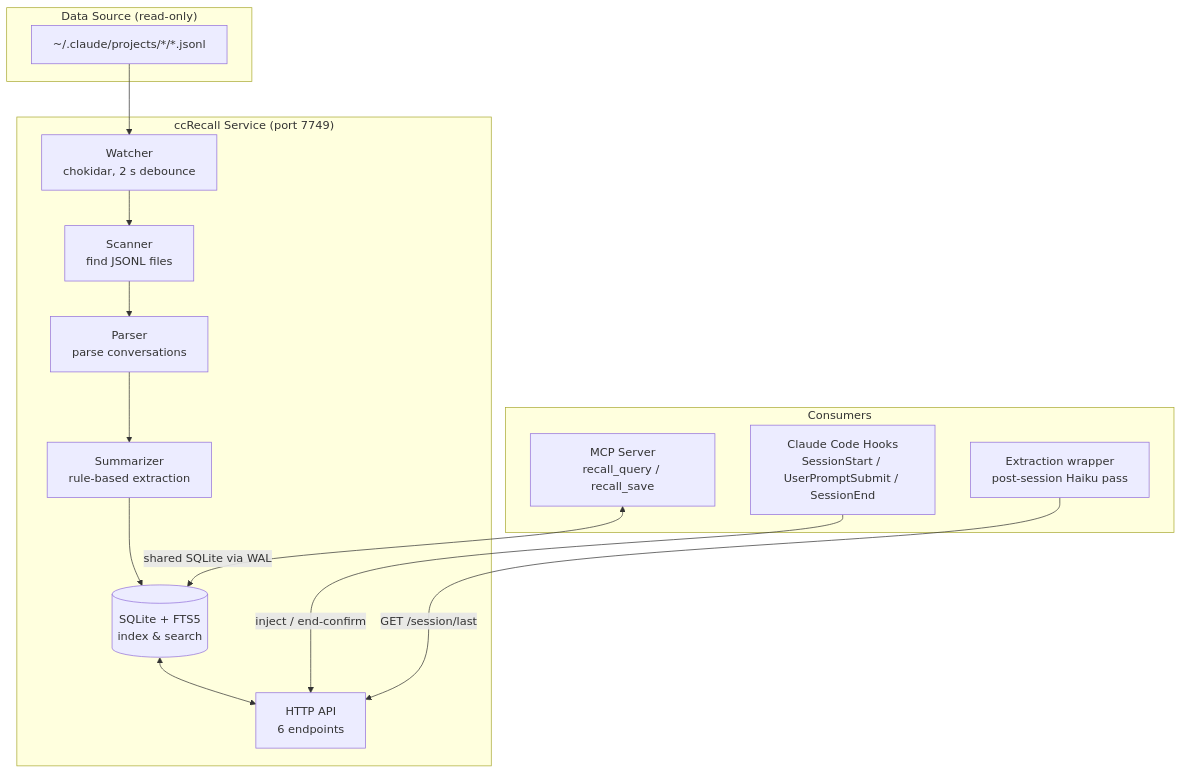
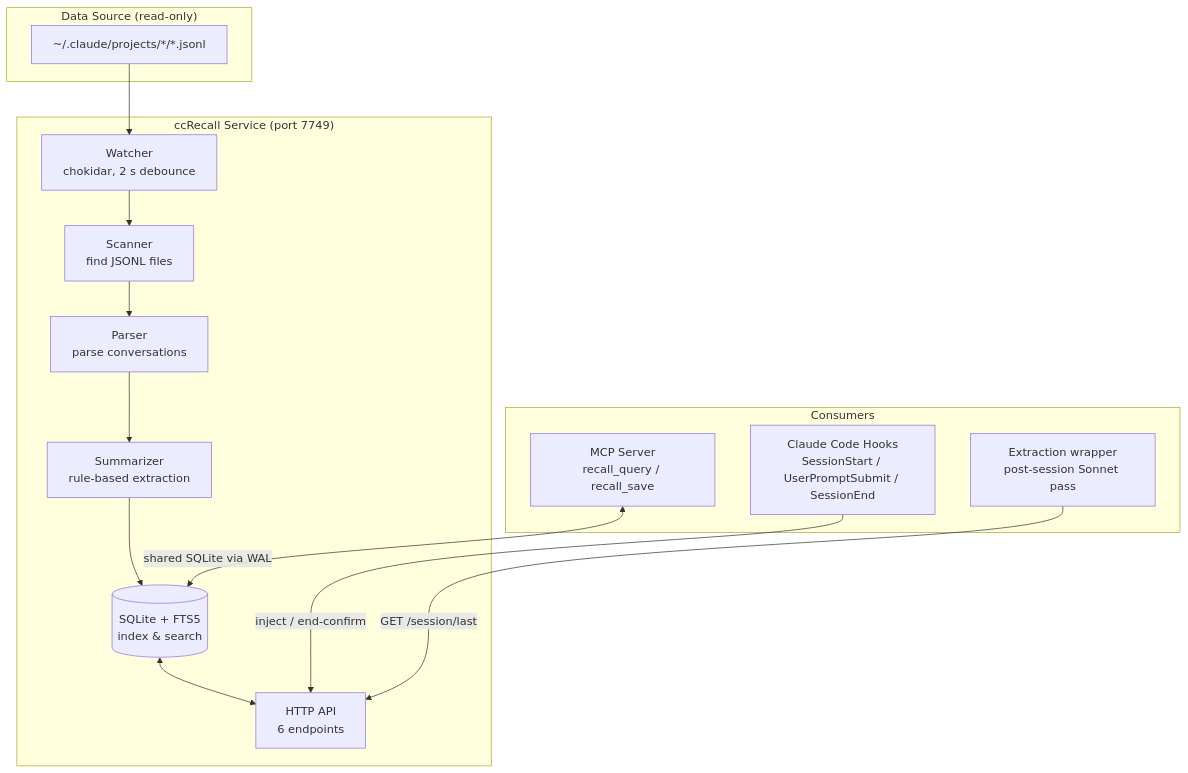
One commit to tznthou/ccRecall changed the first of 2 diagrams in README.md. Above: the diagram before and after it, drawn with Mermaid. The commit also changed other lines of this file and 3 other files, not shown here.

````diff
--- a/README.md
+++ b/README.md
@@ -82,27 +82,27 @@
 ```mermaid
 flowchart TB
     subgraph Input["Data Source (read-only)"]
         JSONL["~/.claude/projects/*/*.jsonl"]
     end
 
     subgraph Core["ccRecall Service (port 7749)"]
         Watcher["Watcher<br/>chokidar, 2 s debounce"]
         Scanner["Scanner<br/>find JSONL files"]
         Parser["Parser<br/>parse conversations"]
         Summarizer["Summarizer<br/>rule-based extraction"]
         DB[("SQLite + FTS5<br/>index & search")]
         API["HTTP API<br/>6 endpoints"]
     end
 
     subgraph Consumers["Consumers"]
         Hook["Claude Code Hooks<br/>SessionStart / UserPromptSubmit / SessionEnd"]
-        Wrapper["Extraction wrapper<br/>post-session Haiku pass"]
+        Wrapper["Extraction wrapper<br/>post-session Sonnet pass"]
         MCP["MCP Server<br/>recall_query / recall_save"]
     end
 
     JSONL --> Watcher --> Scanner --> Parser --> Summarizer --> DB
     DB <--> API
     Hook -->|"inject / end-confirm"| API
     Wrapper -->|"GET /session/last"| API
     MCP <-->|"shared SQLite via WAL"| DB
 ```
````
